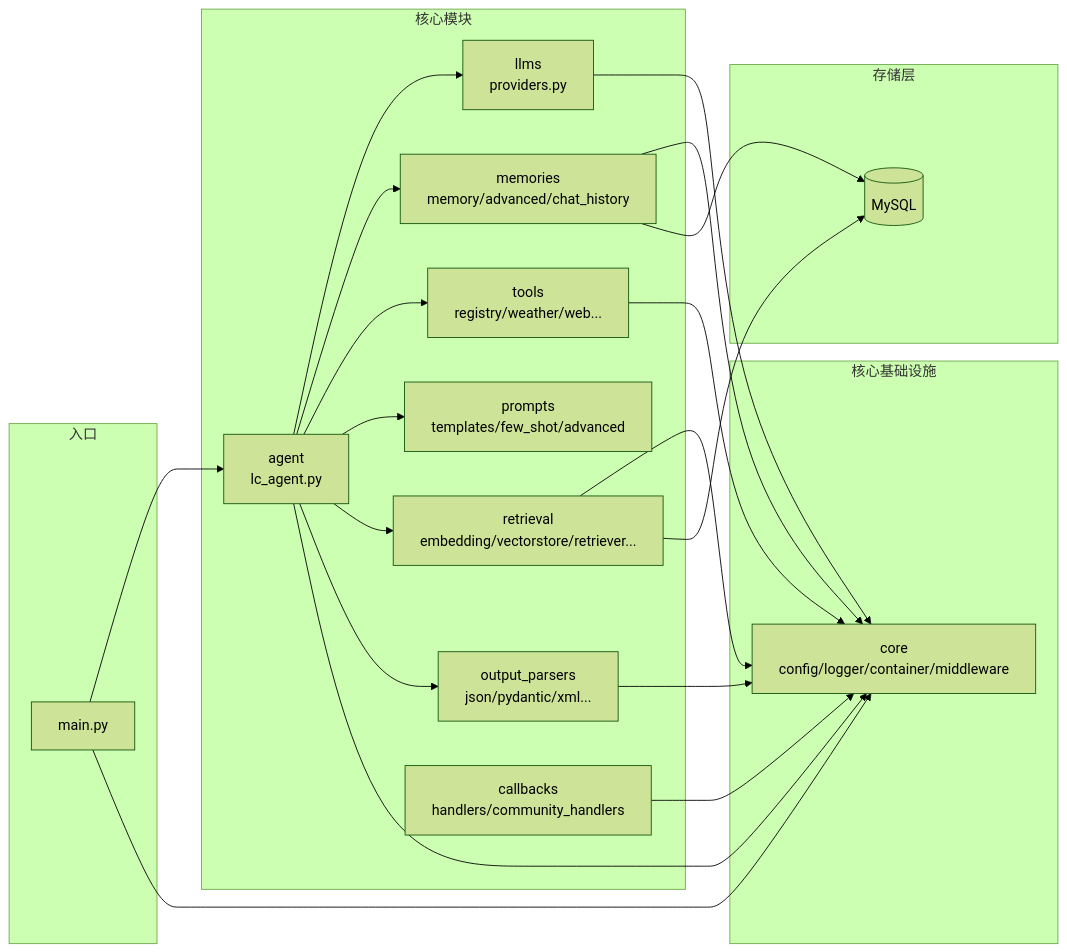
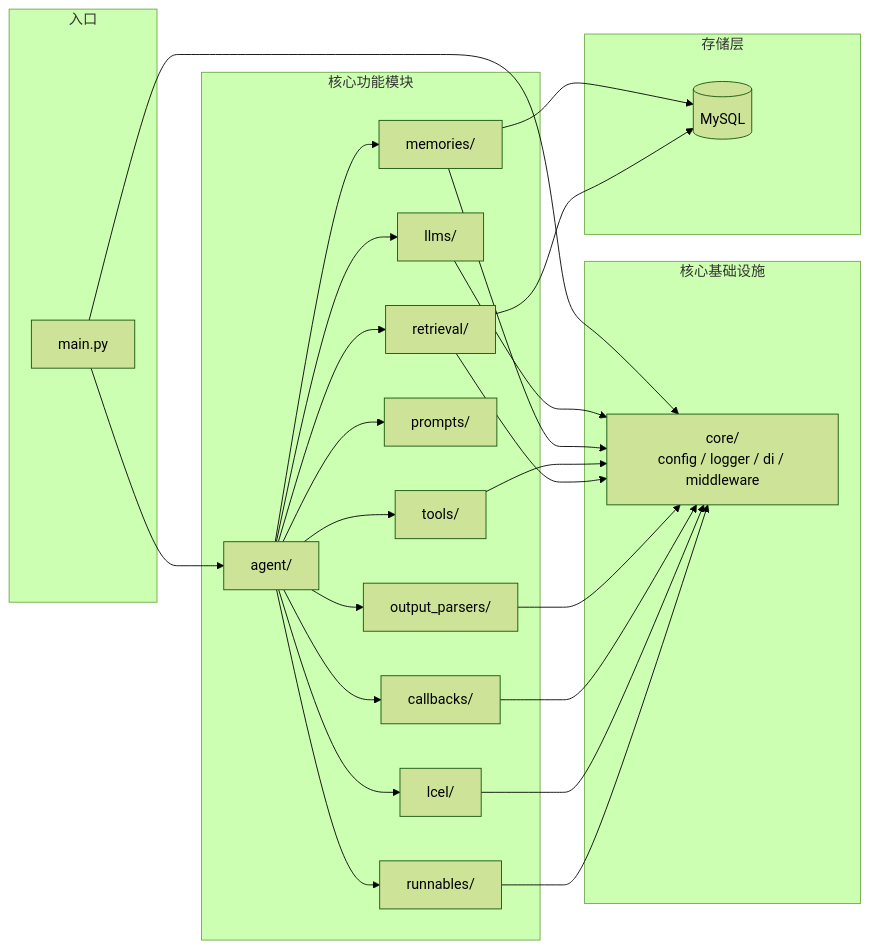
Before and after one commit to chain-engine/x-langchain: the third of 3 diagrams in README.md, drawn with Mermaid (forest theme). The commit also changed other lines of this file and 1 other file, not shown here.

````diff
--- a/README.md
+++ b/README.md
@@ -340,34 +264,38 @@
 ```mermaid
 graph LR
-    subgraph 入口
-        M[main.py]
+    subgraph 入口["入口"]
+        M["main.py"]
     end
 
-    subgraph 核心基础设施
-        CC[core<br/>config/logger/container/middleware]
+    subgraph 基础设施["核心基础设施"]
+        CC["core/<br/>config / logger / di / middleware"]
     end
 
-    subgraph 核心模块
-        AG[agent<br/>lc_agent.py]
-        LL[llms<br/>providers.py]
-        MM[memories<br/>memory/advanced/chat_history]
-        TL[tools<br/>registry/weather/web...]
-        PR[prompts<br/>templates/few_shot/advanced]
-        RT[retrieval<br/>embedding/vectorstore/retriever...]
-        OP[output_parsers<br/>json/pydantic/xml...]
-        CB[callbacks<br/>handlers/community_handlers]
+    subgraph 核心模块["核心功能模块"]
+        AG["agent/"]
+        LL["llms/"]
+        MM["memories/"]
+        TL["tools/"]
+        PR["prompts/"]
+        RT["retrieval/"]
+        OP["output_parsers/"]
+        CB["callbacks/"]
+        LP["lcel/"]
+        RN["runnables/"]
     end
 
-    subgraph 存储层
-        DB[(MySQL)]
+    subgraph 存储["存储层"]
+        DB[("MySQL")]
     end
 
     M --> AG & CC
-    AG --> LL & MM & TL & PR & RT & OP & CC
+    AG --> LL & MM & TL & PR & RT & OP & CB & LP & RN
     LL --> CC
     MM --> CC & DB
     TL --> CC
     RT --> CC & DB
     OP --> CC
     CB --> CC
+    LP --> CC
+    RN --> CC
 ```
````
